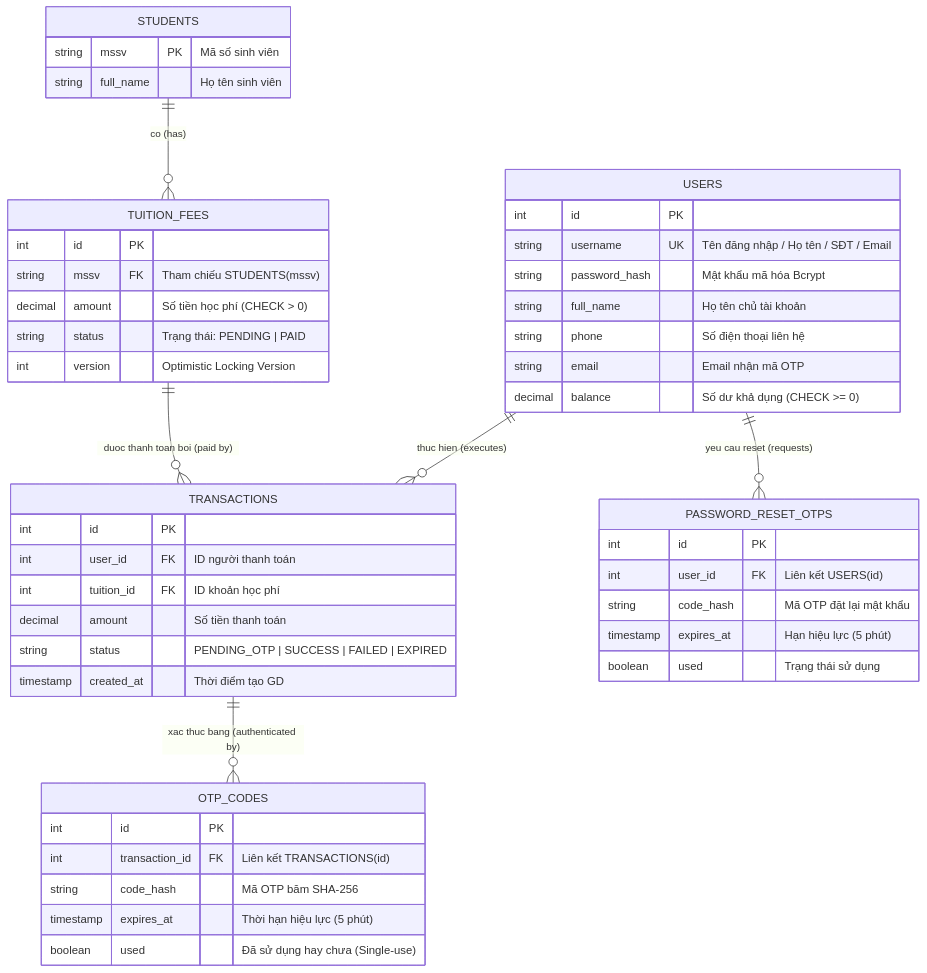
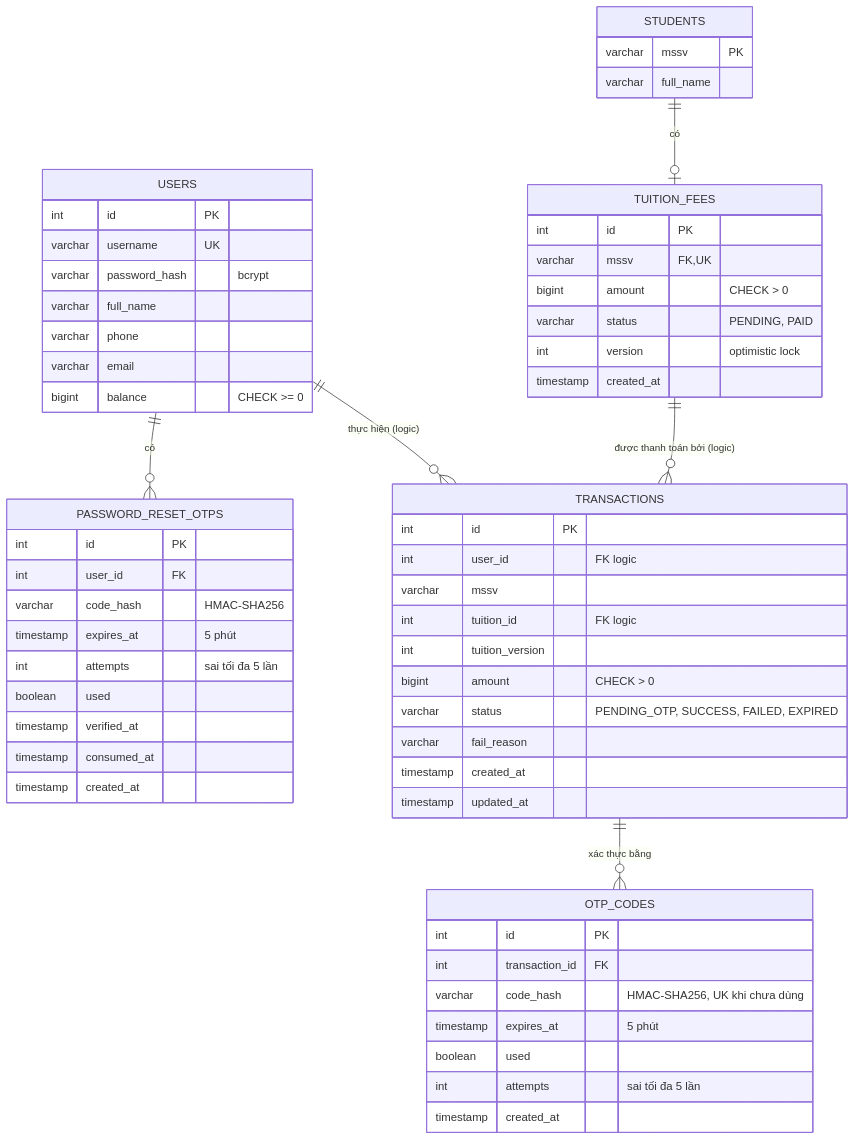
One commit to HuuTan12/Midterm_SOA_ITBanking changed the second of 4 diagrams in docs/diagrams.md. Above: the diagram before and after it, drawn with Mermaid. The commit also changed other lines of this file and 5 other files, not shown here.

````diff
--- a/docs/diagrams.md
+++ b/docs/diagrams.md
@@ -54,56 +73,67 @@
 ```mermaid
 erDiagram
-    STUDENTS ||--o{ TUITION_FEES : "co (has)"
-    USERS ||--o{ TRANSACTIONS : "thuc hien (executes)"
-    TUITION_FEES ||--o{ TRANSACTIONS : "duoc thanh toan boi (paid by)"
-    TRANSACTIONS ||--o{ OTP_CODES : "xac thuc bang (authenticated by)"
-    USERS ||--o{ PASSWORD_RESET_OTPS : "yeu cau reset (requests)"
+    USERS ||--o{ PASSWORD_RESET_OTPS : "có"
+    STUDENTS ||--o| TUITION_FEES : "có"
+    USERS ||--o{ TRANSACTIONS : "thực hiện (logic)"
+    TUITION_FEES ||--o{ TRANSACTIONS : "được thanh toán bởi (logic)"
+    TRANSACTIONS ||--o{ OTP_CODES : "xác thực bằng"
+
+    USERS {
+        int id PK
+        varchar username UK
+        varchar password_hash "bcrypt"
+        varchar full_name
+        varchar phone
+        varchar email
+        bigint balance "CHECK >= 0"
+    }
+
+    PASSWORD_RESET_OTPS {
+        int id PK
+        int user_id FK
+        varchar code_hash "HMAC-SHA256"
+        timestamp expires_at "5 phút"
+        int attempts "sai tối đa 5 lần"
+        boolean used
+        timestamp verified_at
+        timestamp consumed_at
+        timestamp created_at
+    }
 
     STUDENTS {
-        string mssv PK "Mã số sinh viên"
-        string full_name "Họ tên sinh viên"
+        varchar mssv PK
+        varchar full_name
     }
 
     TUITION_FEES {
         int id PK
-        string mssv FK "Tham chiếu STUDENTS(mssv)"
-        decimal amount "Số tiền học phí (CHECK > 0)"
-        string status "Trạng thái: PENDING | PAID"
-        int version "Optimistic Locking Version"
-    }
-
-    USERS {
-        int id PK
-        string username UK "Tên đăng nhập / Họ tên / SĐT / Email"
-        string password_hash "Mật khẩu mã hóa Bcrypt"
-        string full_name "Họ tên chủ tài khoản"
-        string phone "Số điện thoại liên hệ"
-        string email "Email nhận mã OTP"
-        decimal balance "Số dư khả dụng (CHECK >= 0)"
+        varchar mssv FK,UK
+        bigint amount "CHECK > 0"
+        varchar status "PENDING, PAID"
+        int version "optimistic lock"
+        timestamp created_at
     }
 
     TRANSACTIONS {
         int id PK
-        int user_id FK "ID người thanh toán"
-        int tuition_id FK "ID khoản học phí"
-        decimal amount "Số tiền thanh toán"
-        string status "PENDING_OTP | SUCCESS | FAILED | EXPIRED"
-        timestamp created_at "Thời điểm tạo GD"
+        int user_id "FK logic"
+        varchar mssv
+        int tuition_id "FK logic"
+        int tuition_version
+        bigint amount "CHECK > 0"
+        varchar status "PENDING_OTP, SUCCESS, FAILED, EXPIRED"
+        varchar fail_reason
+        timestamp created_at
+        timestamp updated_at
     }
 
     OTP_CODES {
         int id PK
-        int transaction_id FK "Liên kết TRANSACTIONS(id)"
-        string code_hash "Mã OTP băm SHA-256"
-        timestamp expires_at "Thời hạn hiệu lực (5 phút)"
-        boolean used "Đã sử dụng hay chưa (Single-use)"
-    }
-
-    PASSWORD_RESET_OTPS {
-        int id PK
-        int user_id FK "Liên kết USERS(id)"
-        string code_hash "Mã OTP đặt lại mật khẩu"
-        timestamp expires_at "Hạn hiệu lực (5 phút)"
-        boolean used "Trạng thái sử dụng"
+        int transaction_id FK
+        varchar code_hash "HMAC-SHA256, UK khi chưa dùng"
+        timestamp expires_at "5 phút"
+        boolean used
+        int attempts "sai tối đa 5 lần"
+        timestamp created_at
     }
 ```
````
